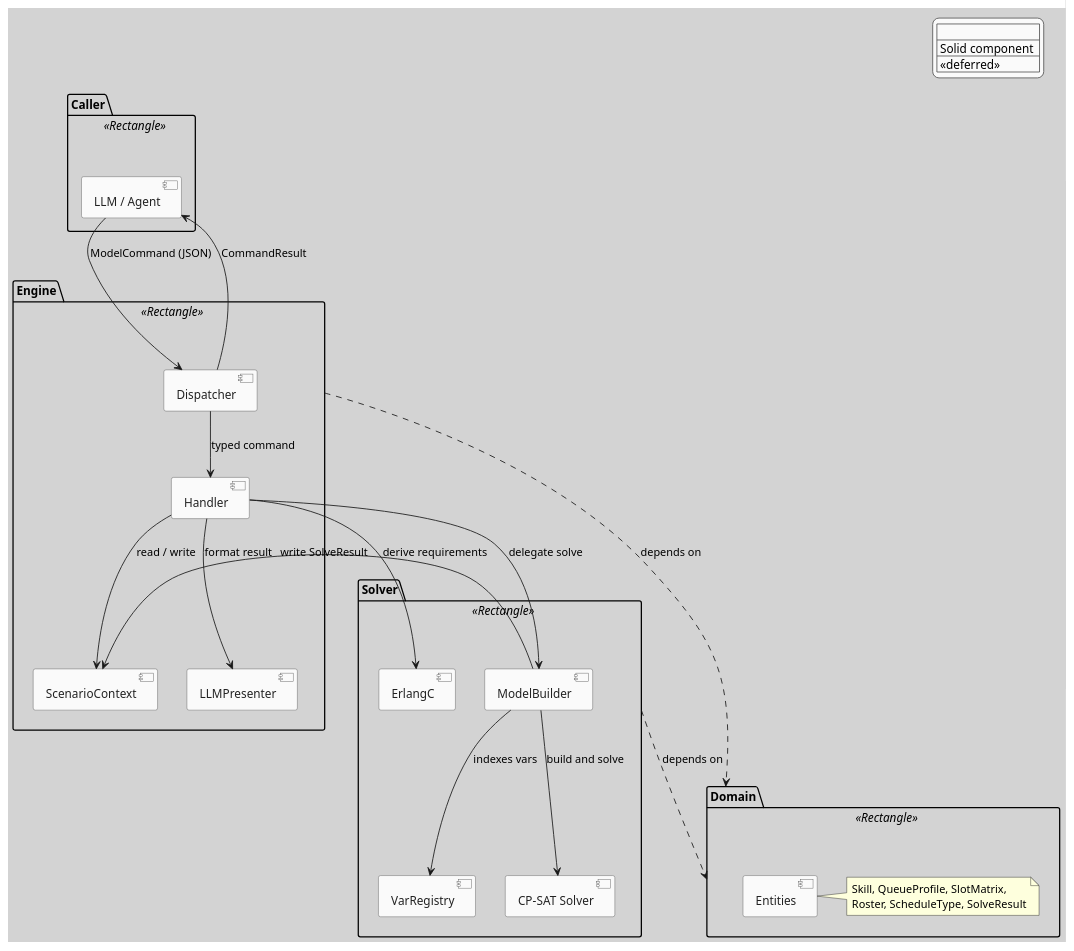
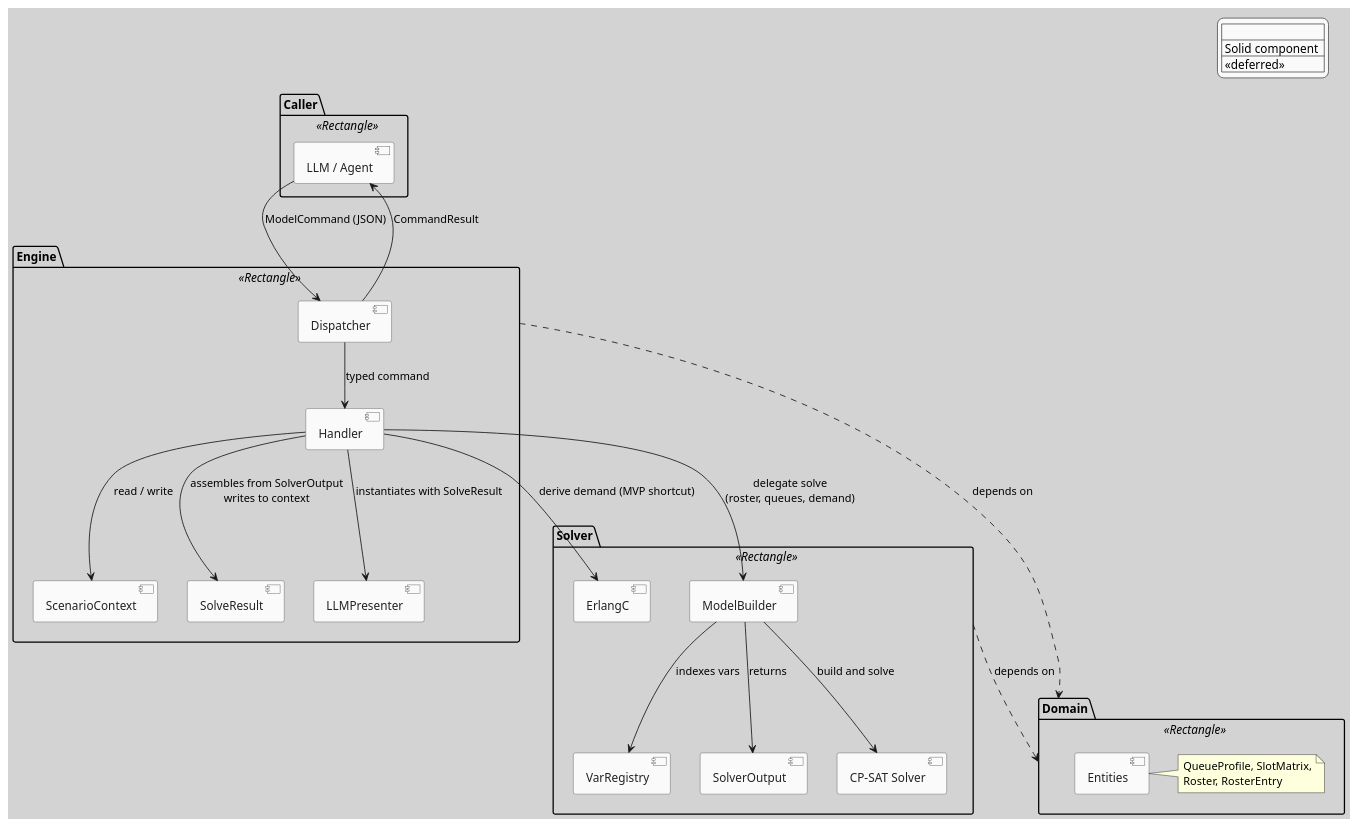
The diagram in docs/uml/architecture_component.puml (neon-tetra/schedule-architect), drawn with PlantUML before and after one commit. The commit also changed 10 other files, not shown here.

Commit message:
Last commit before presenter update - updated all puml, removed/updated all references to callenvironment/scheduletype/skill/etc - everything now aligned with new domain model - no dependency issues, clean interfaces, no redundant dataclasses

```diff
--- a/docs/uml/architecture_component.puml
+++ b/docs/uml/architecture_component.puml
@@ -1,75 +1,78 @@
 @startuml architecture_component
 
 skinparam backgroundColor #D3D3D3
 skinparam defaultFontName Segoe UI
 
 skinparam component {
     BackgroundColor #FAFAFA
     BorderColor #555555
     FontColor #222222
     BackgroundColor<<deferred>> #E8E8E8
     BorderColor<<deferred>> #AAAAAA
     FontColor<<deferred>> #AAAAAA
     BorderStyle<<deferred>> dashed
 }
 
 skinparam legend {
     BackgroundColor #FAFAFA
     BorderColor #555555
 }
 
 legend top right
   <#FAFAFA,#555555>|                          |
   | Solid component  | Implemented            |
   | <<deferred>>     | Planned / future       |
 endlegend
 
 ' ─────────────────────────────────────────
 ' LAYERS
 ' ─────────────────────────────────────────
 
 package "Caller" <<Rectangle>> {
     [LLM / Agent] as LLM
 }
 
 package "Engine" <<Rectangle>> {
     [Dispatcher] as Dispatcher
     [Handler] as Handler
     [ScenarioContext] as Context
+    [SolveResult] as SolveResult
     [LLMPresenter] as LLMPresenter
 }
 
 package "Solver" <<Rectangle>> {
     [ErlangC] as ErlangC
     [VarRegistry] as VarRegistry
     [ModelBuilder] as ModelBuilder
+    [SolverOutput] as SolverOutput
     [CP-SAT Solver] as CPSAT
 }
 
 package "Domain" <<Rectangle>> {
     [Entities] as Entities
     note right of Entities
-        Skill, QueueProfile, SlotMatrix,
-        Roster, ScheduleType, SolveResult
+        QueueProfile, SlotMatrix,
+        Roster, RosterEntry
     end note
 }
 
 ' ─────────────────────────────────────────
 ' INTERACTIONS
 ' ─────────────────────────────────────────
 
 LLM --> Dispatcher : ModelCommand (JSON)
 Dispatcher --> Handler : typed command
 Handler --> Context : read / write
-Handler --> ModelBuilder : delegate solve
+Handler --> ErlangC : derive demand (MVP shortcut)
+Handler --> ModelBuilder : delegate solve\n(roster, queues, demand)
 ModelBuilder --> CPSAT : build and solve
 ModelBuilder --> VarRegistry : indexes vars
-ModelBuilder --> Context : write SolveResult
+ModelBuilder --> SolverOutput : returns
+Handler --> SolveResult : assembles from SolverOutput\nwrites to context
+Handler --> LLMPresenter : instantiates with SolveResult
 Dispatcher --> LLM : CommandResult
-Handler --> ErlangC : derive requirements
-Handler --> LLMPresenter : format result
 
 Engine ..> Domain : depends on
 Solver ..> Domain : depends on
 
 @enduml
```
